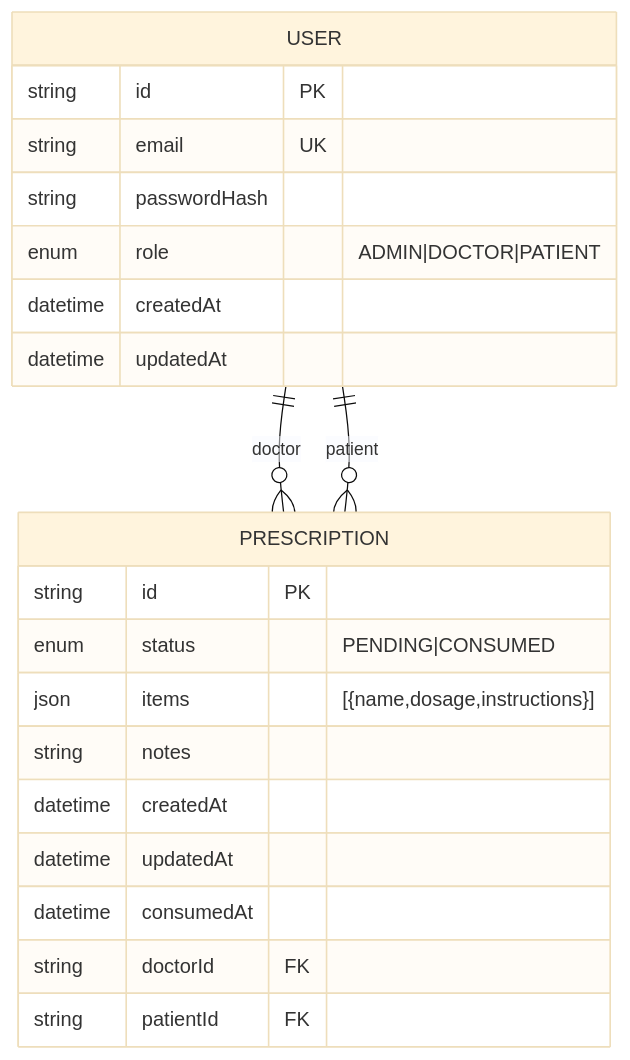
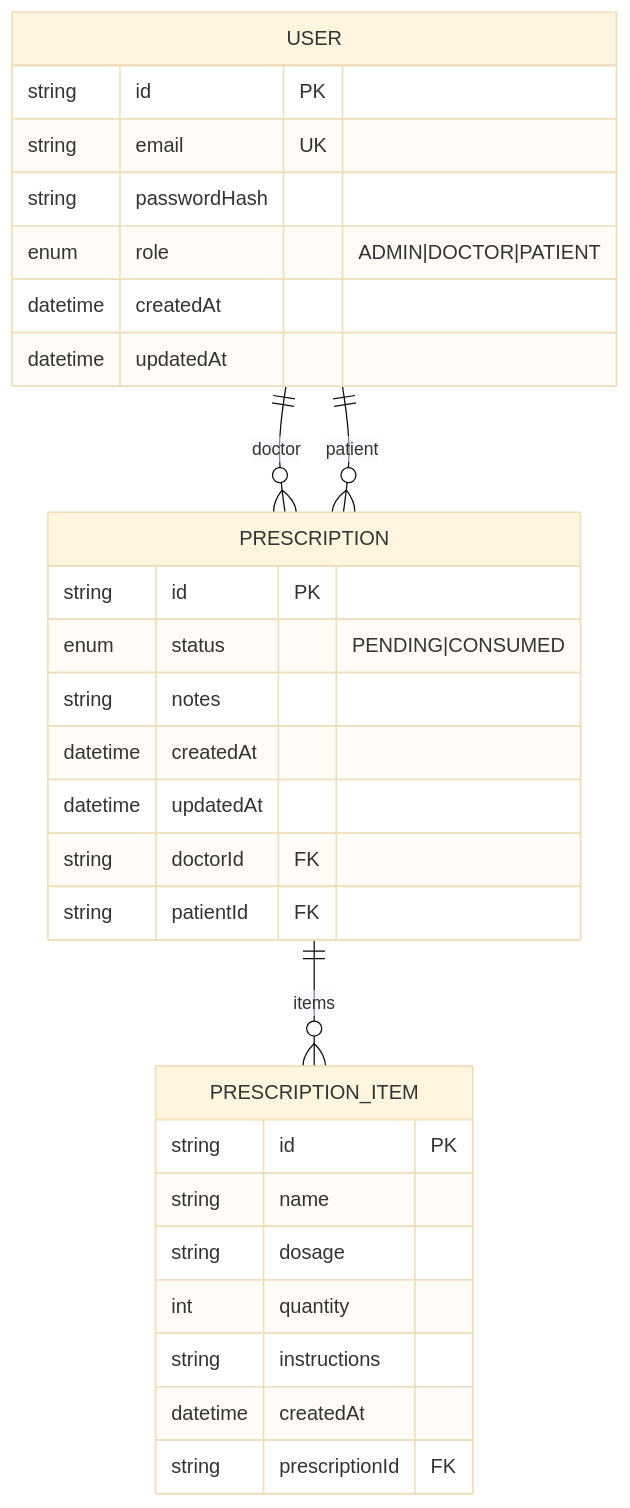
One commit to CristianMz21/prescriptions-app-backend changed the diagram in docs/diagrams/02-er.mmd. Above: the diagram before and after it, drawn with Mermaid. The commit also changed 76 other files, not shown here.

Commit message:
refactor: normalize prescription items, add Swagger decorators and guards

```diff
--- a/docs/diagrams/02-er.mmd
+++ b/docs/diagrams/02-er.mmd
@@ -1,25 +1,34 @@
 %%{init: {"theme": "base", "themeVariables": {"fontSize": "16px"}}}%%
 erDiagram
     USER {
         string id PK
         string email UK
         string passwordHash
         enum role "ADMIN|DOCTOR|PATIENT"
         datetime createdAt
         datetime updatedAt
     }
 
     PRESCRIPTION {
         string id PK
         enum status "PENDING|CONSUMED"
-        json items "[{name,dosage,instructions}]"
         string notes
         datetime createdAt
         datetime updatedAt
-        datetime consumedAt
         string doctorId FK
         string patientId FK
     }
 
+    PRESCRIPTION_ITEM {
+        string id PK
+        string name
+        string dosage
+        int quantity
+        string instructions
+        datetime createdAt
+        string prescriptionId FK
+    }
+
     USER ||--o{ PRESCRIPTION : "doctor"
     USER ||--o{ PRESCRIPTION : "patient"
+    PRESCRIPTION ||--o{ PRESCRIPTION_ITEM : "items"
```
